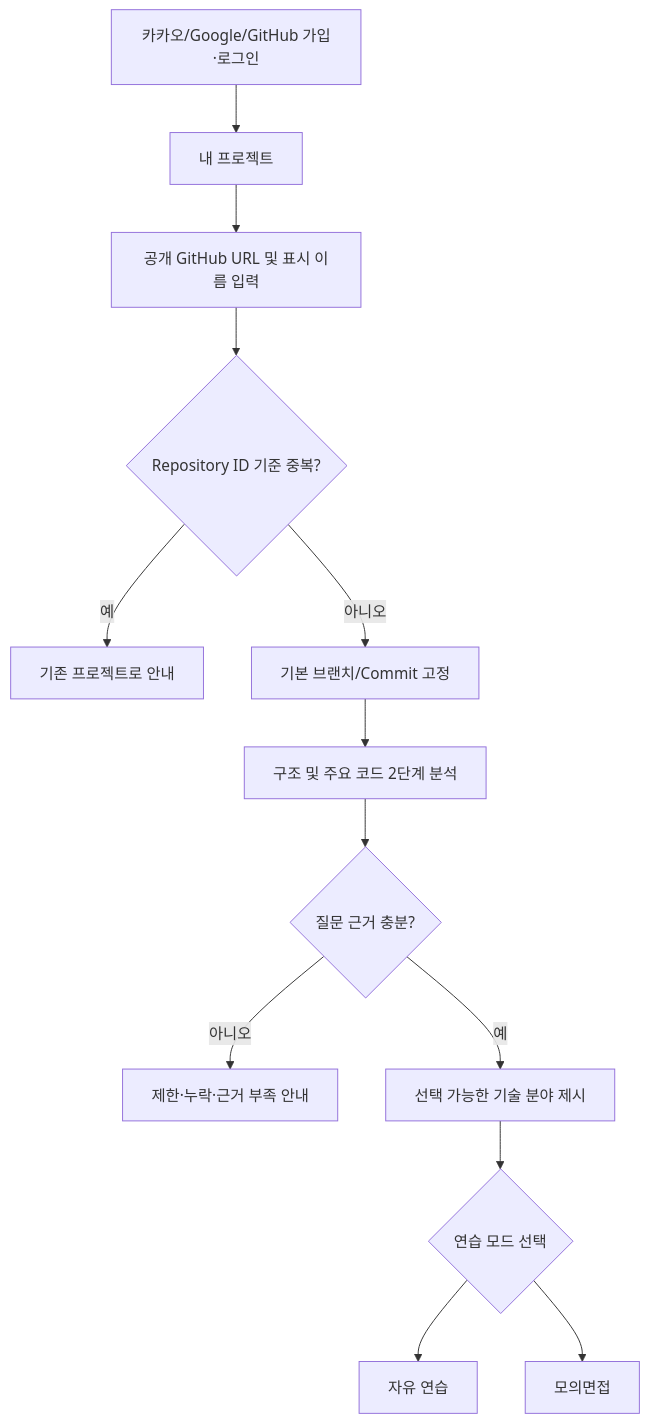
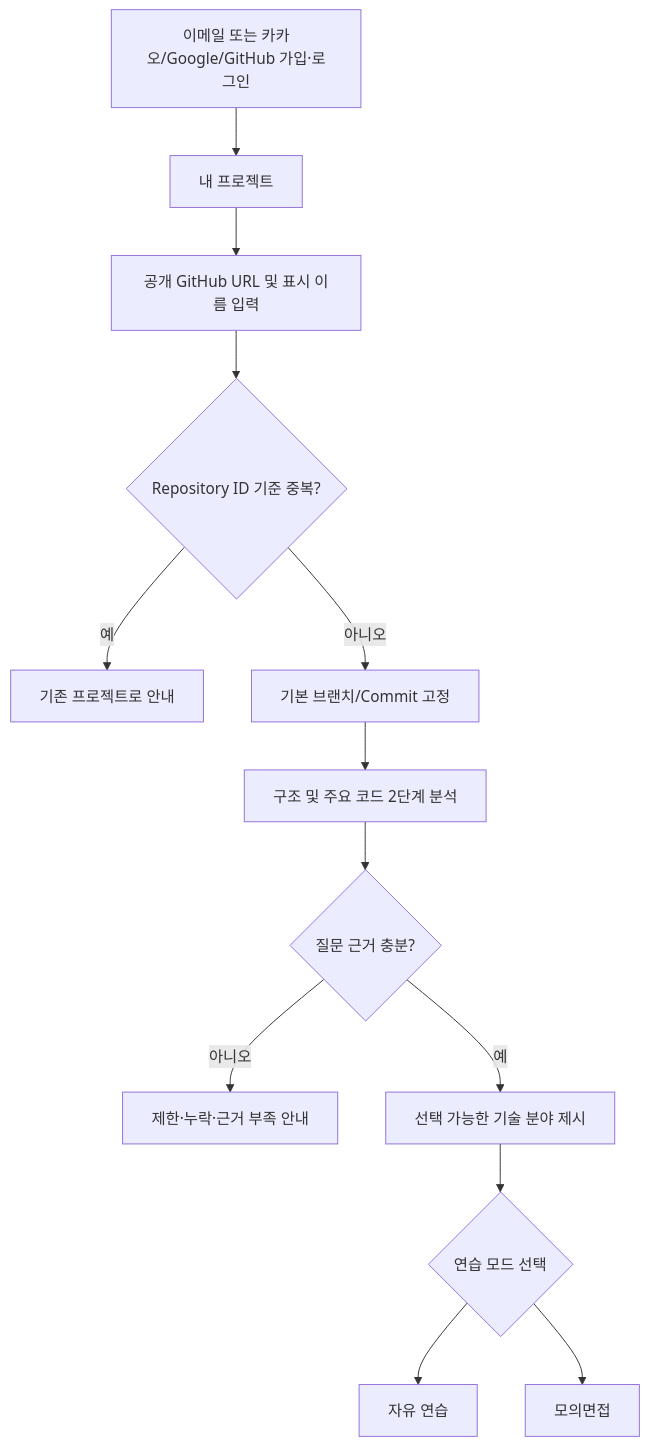
The first of 5 diagrams in docs/products/repoq/PRD.md (thedevfield/DevField-Platform), drawn with Mermaid before and after one commit. The commit also changed other lines of this file and 3 other files, not shown here.

````diff
--- a/docs/products/repoq/PRD.md
+++ b/docs/products/repoq/PRD.md
@@ -234,15 +238,15 @@
 ```mermaid
 flowchart TD
-    A[카카오/Google/GitHub 가입·로그인] --> B[내 프로젝트]
+    A[이메일 또는 카카오/Google/GitHub 가입·로그인] --> B[내 프로젝트]
     B --> C[공개 GitHub URL 및 표시 이름 입력]
     C --> D{Repository ID 기준 중복?}
     D -- 예 --> E[기존 프로젝트로 안내]
     D -- 아니오 --> F[기본 브랜치/Commit 고정]
     F --> G[구조 및 주요 코드 2단계 분석]
     G --> H{질문 근거 충분?}
     H -- 아니오 --> I[제한·누락·근거 부족 안내]
     H -- 예 --> J[선택 가능한 기술 분야 제시]
     J --> K{연습 모드 선택}
     K --> L[자유 연습]
     K --> M[모의면접]
 ```
````
